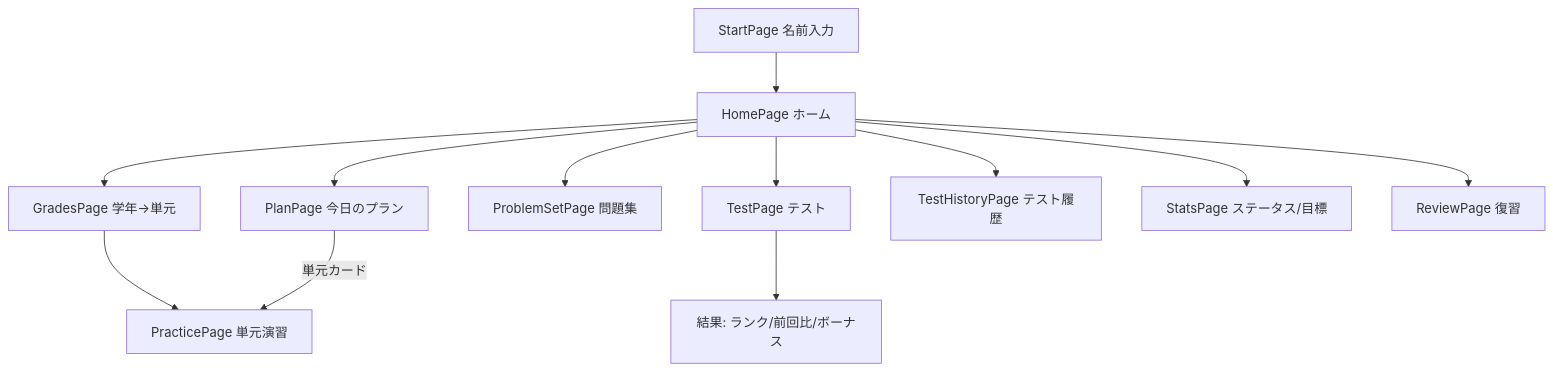
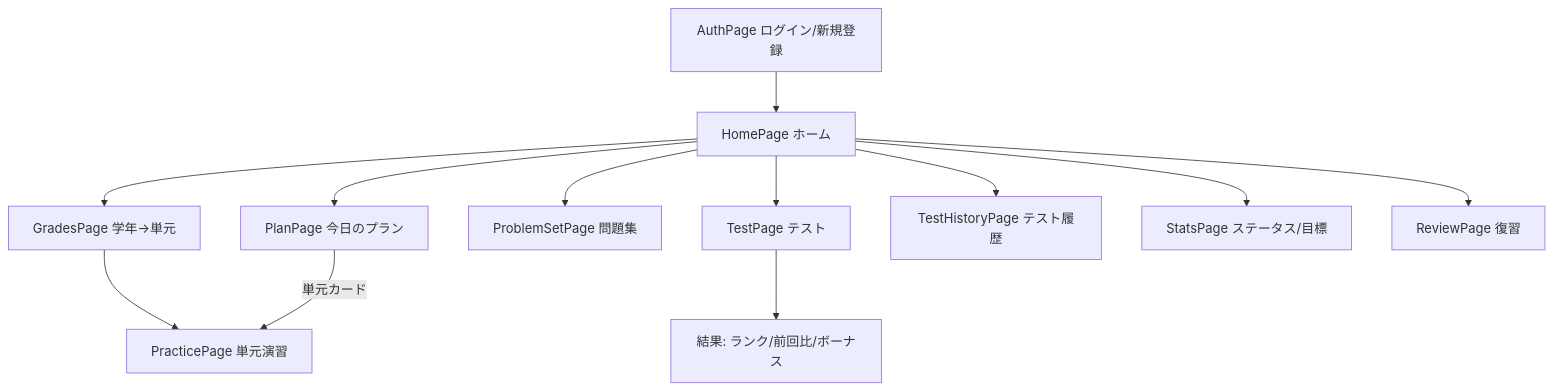
One commit to ryohmichi-rgb/Test2 changed the second of 2 diagrams in DESIGN.md. Above: the diagram before and after it, drawn with Mermaid. The commit also changed other lines of this file and 24 other files, not shown here.

````diff
--- a/DESIGN.md
+++ b/DESIGN.md
@@ -227,14 +242,14 @@
 ```mermaid
 flowchart TD
-    Start["StartPage 名前入力"] --> Home["HomePage ホーム"]
+    Auth["AuthPage ログイン/新規登録"] --> Home["HomePage ホーム"]
     Home --> Plan["PlanPage 今日のプラン"]
     Home --> Grades["GradesPage 学年→単元"]
     Grades --> Practice["PracticePage 単元演習"]
     Home --> PSet["ProblemSetPage 問題集"]
     Home --> Test["TestPage テスト"]
     Test --> TestResult["結果: ランク/前回比/ボーナス"]
     Home --> History["TestHistoryPage テスト履歴"]
     Home --> Stats["StatsPage ステータス/目標"]
     Home --> Review["ReviewPage 復習"]
     Plan -->|単元カード| Practice
 ```
````
